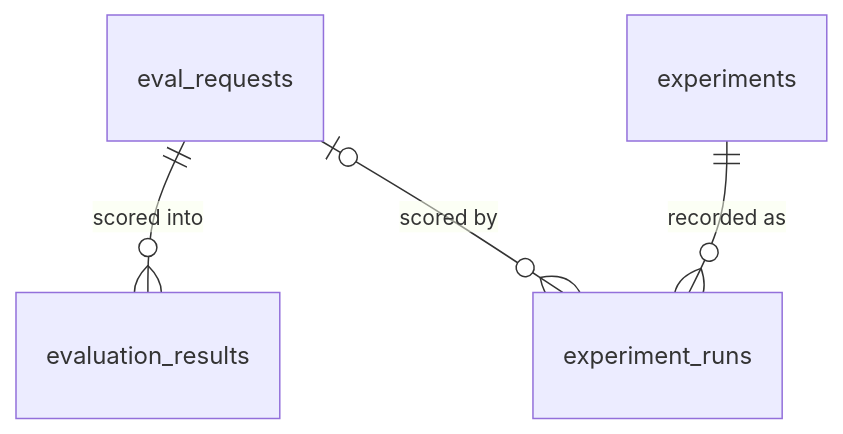
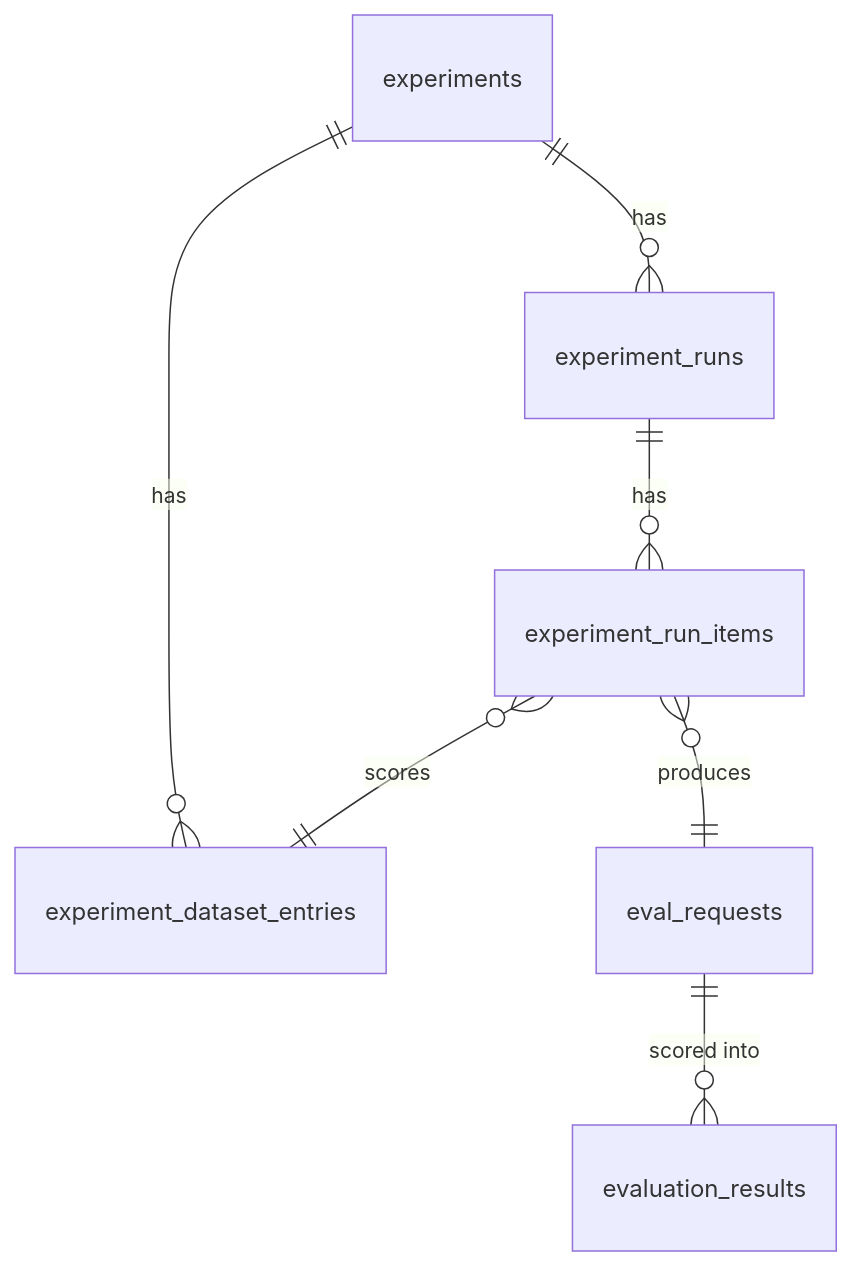
One commit to DimitarAtanassov/arc-eval-service changed the diagram in docs/db-design.md. Above: the diagram before and after it, drawn with Mermaid. The commit also changed other lines of this file and 40 other files, not shown here.

````diff
--- a/docs/db-design.md
+++ b/docs/db-design.md
@@ -14,6 +13,9 @@
 ```mermaid
 erDiagram
     eval_requests ||--o{ evaluation_results : "scored into"
-    experiments ||--o{ experiment_runs : "recorded as"
-    eval_requests |o--o{ experiment_runs : "scored by"
+    experiments ||--o{ experiment_dataset_entries : "has"
+    experiments ||--o{ experiment_runs : "has"
+    experiment_runs ||--o{ experiment_run_items : "has"
+    experiment_run_items }o--|| experiment_dataset_entries : "scores"
+    experiment_run_items }o--|| eval_requests : "produces"
 ```
````
